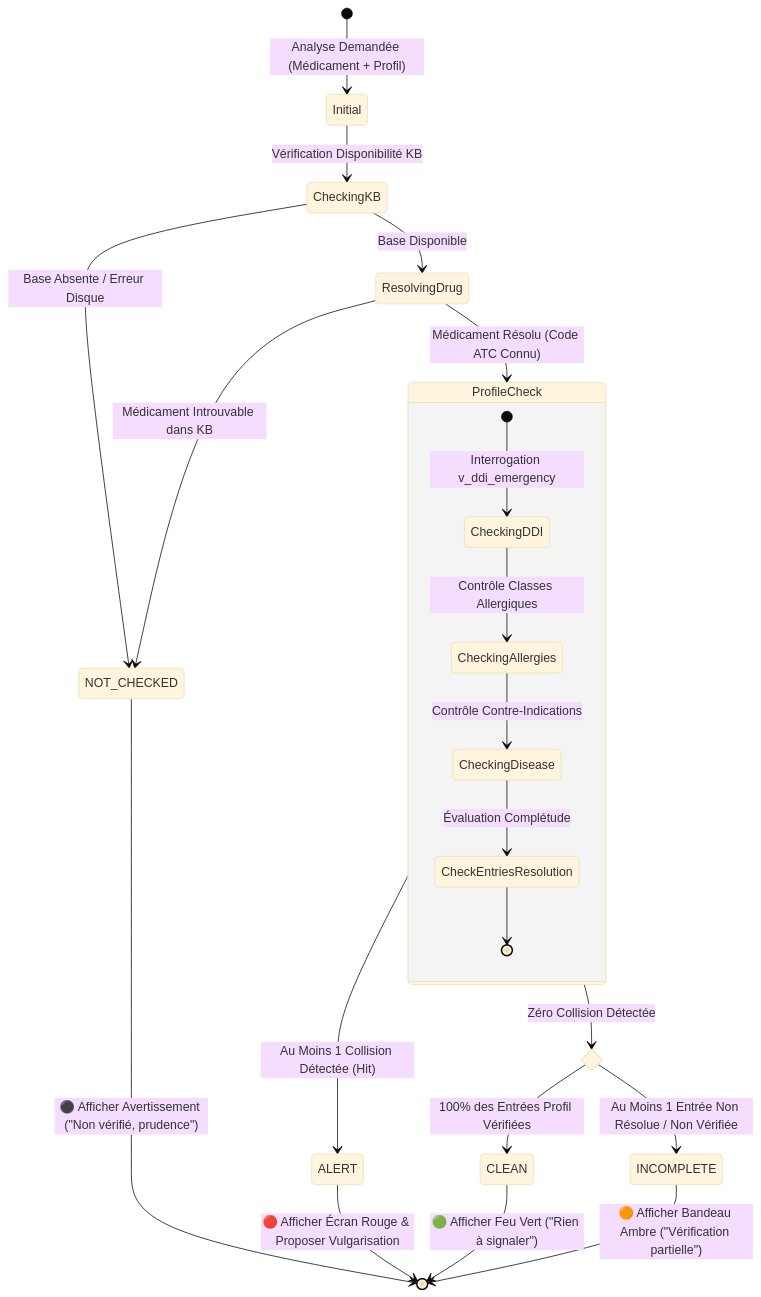
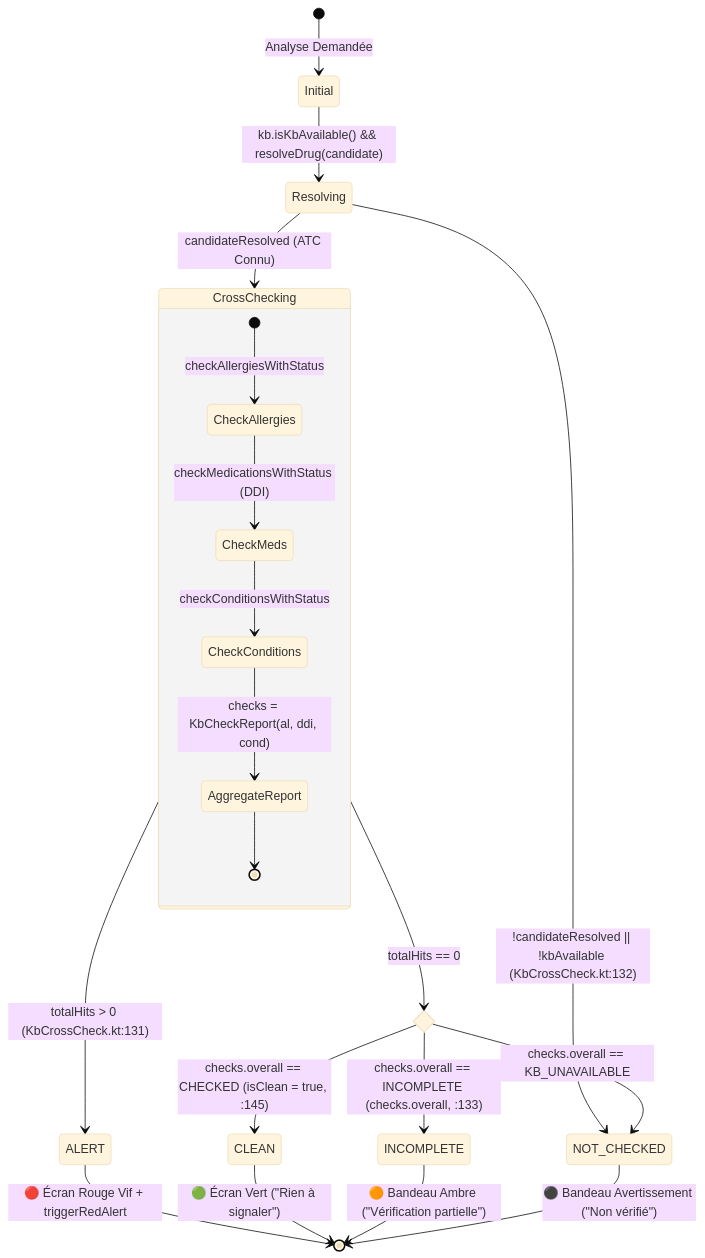
Before and after one commit to kurodohenroonsen/JemmaPass: the tenth of 21 diagrams in docs/DOCUMENTATION_UML_FONCTIONNELLE.md, drawn with Mermaid (base theme). The commit also changed other lines of this file and 1 other file, not shown here.

First line of the commit message:
docs: correct UML documentation and iOS specifications against codebase reality

````diff
--- a/docs/DOCUMENTATION_UML_FONCTIONNELLE.md
+++ b/docs/DOCUMENTATION_UML_FONCTIONNELLE.md
@@ -447,32 +538,30 @@
 ```mermaid
 stateDiagram-v2
-    [*] --> Initial : Analyse Demandée (Médicament + Profil)
+    [*] --> Initial : Analyse Demandée
 
-    Initial --> CheckingKB : Vérification Disponibilité KB
-    CheckingKB --> NOT_CHECKED : Base Absente / Erreur Disque
-    CheckingKB --> ResolvingDrug : Base Disponible
+    Initial --> Resolving : kb.isKbAvailable() && resolveDrug(candidate)
+    Resolving --> NOT_CHECKED : !candidateResolved || !kbAvailable (KbCrossCheck.kt:132)
+    Resolving --> CrossChecking : candidateResolved (ATC Connu)
 
-    ResolvingDrug --> NOT_CHECKED : Médicament Introuvable dans KB
-    ResolvingDrug --> ProfileCheck : Médicament Résolu (Code ATC Connu)
-
-    state ProfileCheck {
-        [*] --> CheckingDDI : Interrogation v_ddi_emergency
-        CheckingDDI --> CheckingAllergies : Contrôle Classes Allergiques
-        CheckingAllergies --> CheckingDisease : Contrôle Contre-Indications
-        CheckingDisease --> CheckEntriesResolution : Évaluation Complétude
-        CheckEntriesResolution --> [*]
+    state CrossChecking {
+        [*] --> CheckAllergies : checkAllergiesWithStatus
+        CheckAllergies --> CheckMeds : checkMedicationsWithStatus (DDI)
+        CheckMeds --> CheckConditions : checkConditionsWithStatus
+        CheckConditions --> AggregateReport : checks = KbCheckReport(al, ddi, cond)
+        AggregateReport --> [*]
     }
 
-    ProfileCheck --> ALERT : Au Moins 1 Collision Détectée (Hit)
+    CrossChecking --> ALERT : totalHits > 0 (KbCrossCheck.kt:131)
     
-    state DecisionNoHit <<choice>>
-    ProfileCheck --> DecisionNoHit : Zéro Collision Détectée
+    state EvaluateClean <<choice>>
+    CrossChecking --> EvaluateClean : totalHits == 0
 
-    DecisionNoHit --> CLEAN : 100% des Entrées Profil Vérifiées
-    DecisionNoHit --> INCOMPLETE : Au Moins 1 Entrée Non Résolue / Non Vérifiée
+    EvaluateClean --> CLEAN : checks.overall == CHECKED (isClean = true, :145)
+    EvaluateClean --> INCOMPLETE : checks.overall == INCOMPLETE (checks.overall, :133)
+    EvaluateClean --> NOT_CHECKED : checks.overall == KB_UNAVAILABLE
 
-    ALERT --> [*] : 🔴 Afficher Écran Rouge & Proposer Vulgarisation
-    CLEAN --> [*] : 🟢 Afficher Feu Vert ("Rien à signaler")
-    INCOMPLETE --> [*] : 🟠 Afficher Bandeau Ambre ("Vérification partielle")
-    NOT_CHECKED --> [*] : ⚫ Afficher Avertissement ("Non vérifié, prudence")
+    ALERT --> [*] : 🔴 Écran Rouge Vif + triggerRedAlert
+    CLEAN --> [*] : 🟢 Écran Vert ("Rien à signaler")
+    INCOMPLETE --> [*] : 🟠 Bandeau Ambre ("Vérification partielle")
+    NOT_CHECKED --> [*] : ⚫ Bandeau Avertissement ("Non vérifié")
 ```
````
